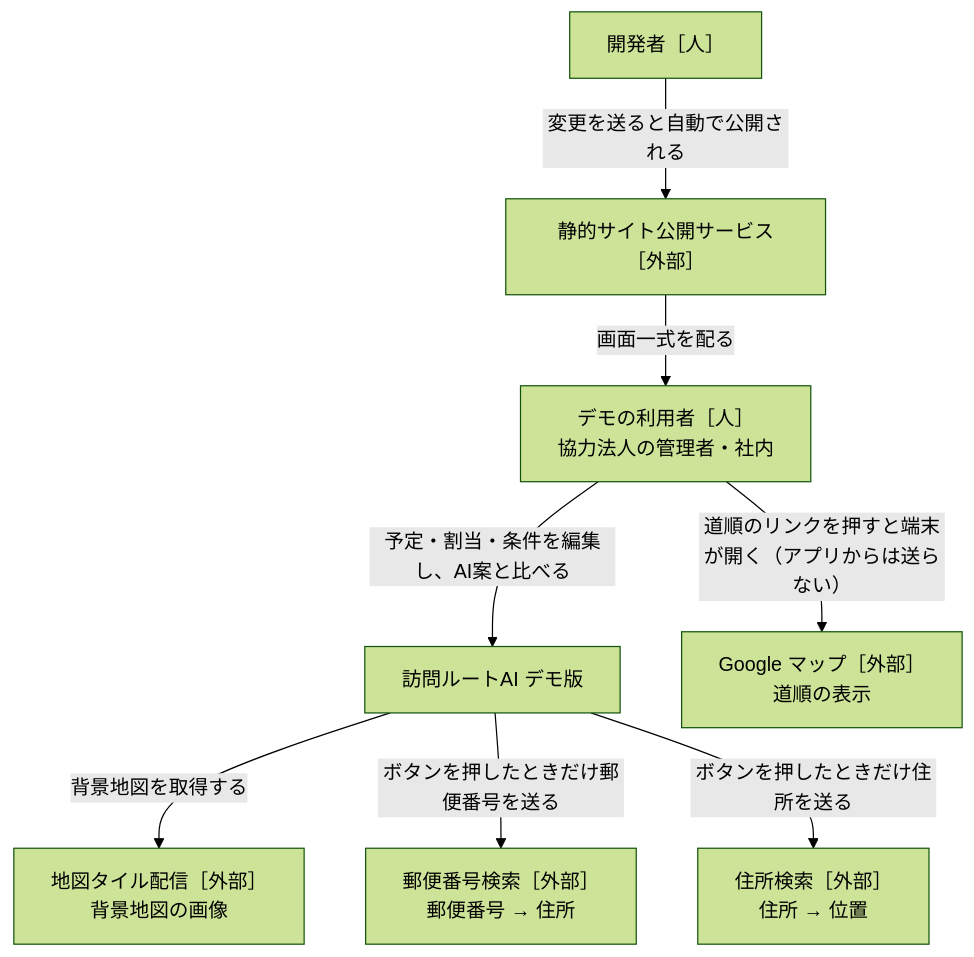
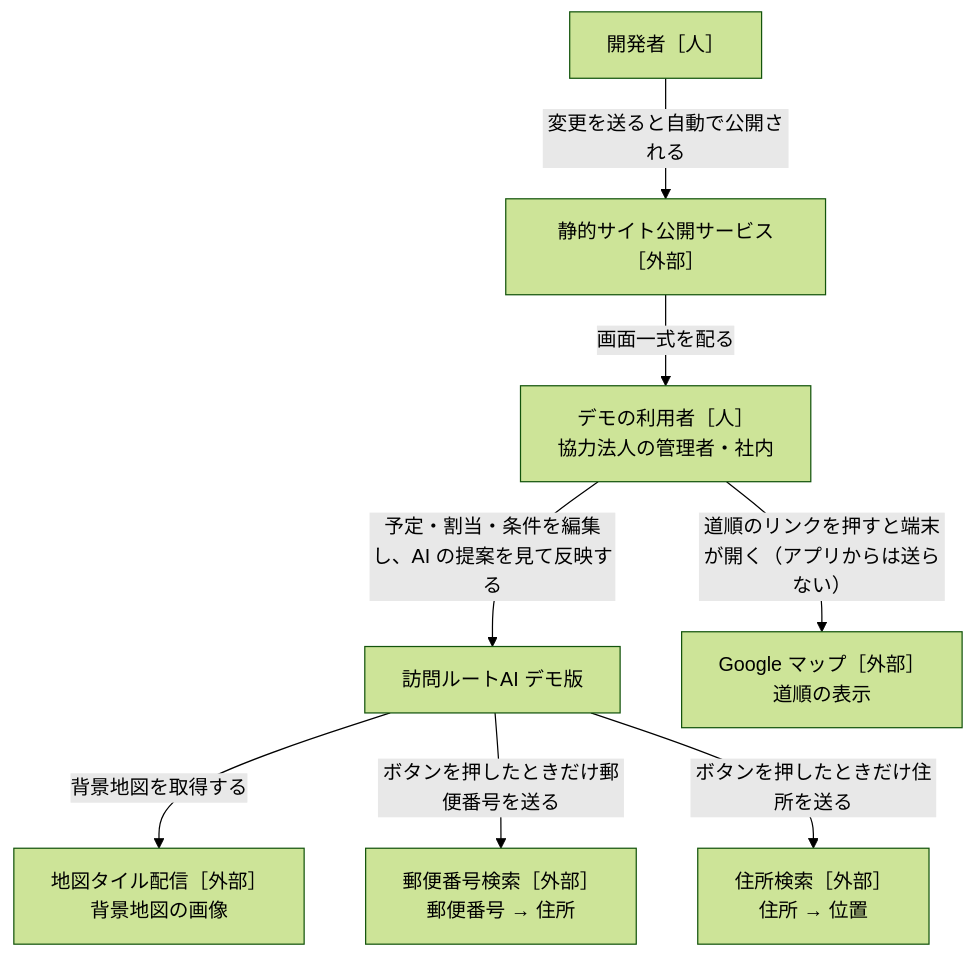
The first of 3 diagrams in docs/design.md (katahimo/visit-route-demo), drawn with Mermaid (forest theme) before and after one commit. The commit also changed other lines of this file and 204 other files, not shown here.

````diff
--- a/docs/design.md
+++ b/docs/design.md
@@ -34,18 +34,18 @@
 ```mermaid
 flowchart TB
   user["デモの利用者［人］<br/>協力法人の管理者・社内"]
   dev["開発者［人］"]
   sys["訪問ルートAI デモ版"]
   tiles["地図タイル配信［外部］<br/>背景地図の画像"]
   host["静的サイト公開サービス［外部］"]
   zip["郵便番号検索［外部］<br/>郵便番号 → 住所"]
   geo["住所検索［外部］<br/>住所 → 位置"]
   gmaps["Google マップ［外部］<br/>道順の表示"]
-  user -->|予定・割当・条件を編集し、AI案と比べる| sys
+  user -->|予定・割当・条件を編集し、AI の提案を見て反映する| sys
   sys -->|背景地図を取得する| tiles
   sys -->|ボタンを押したときだけ郵便番号を送る| zip
   sys -->|ボタンを押したときだけ住所を送る| geo
   user -->|道順のリンクを押すと端末が開く（アプリからは送らない）| gmaps
   dev -->|変更を送ると自動で公開される| host
   host -->|画面一式を配る| user
 ```
````
